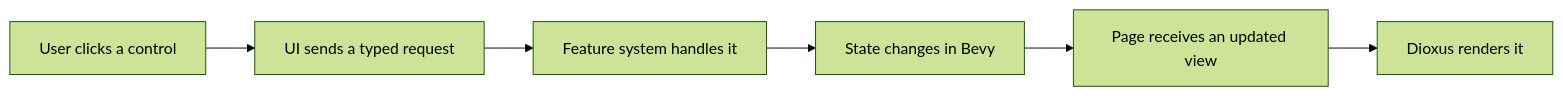
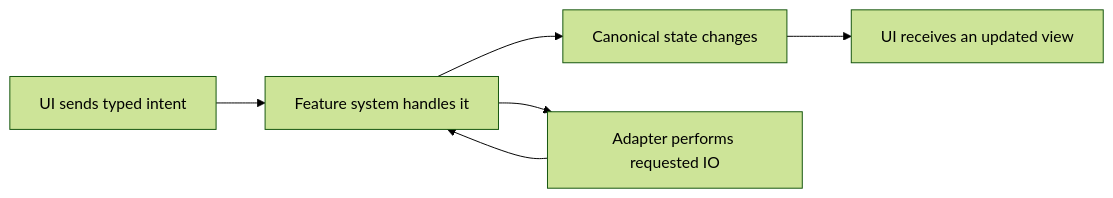
Before and after one commit to vmux-ai/vmux: the diagram in docs/dx/architecture.md, drawn with Mermaid (forest theme). The commit also changed other lines of this file and 1 other file, not shown here.

Commit message:
docs: condense architecture and limit refactor documentation

````diff
--- a/docs/dx/architecture.md
+++ b/docs/dx/architecture.md
@@ -24,8 +20,8 @@
 ```mermaid
 flowchart LR
-    click["User clicks a control"] --> event["UI sends a typed request"]
-    event --> handler["Feature system handles it"]
-    handler --> state["State changes in Bevy"]
-    state --> view["Page receives an updated view"]
-    view --> render["Dioxus renders it"]
+    intent["UI sends typed intent"] --> system["Feature system handles it"]
+    system --> state["Canonical state changes"]
+    state --> view["UI receives an updated view"]
+    system --> io["Adapter performs requested IO"]
+    io --> system
 ```
````
